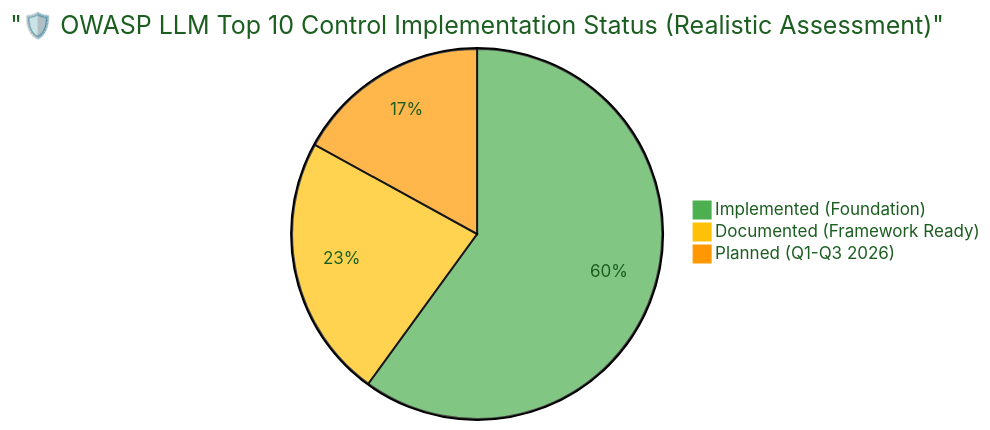
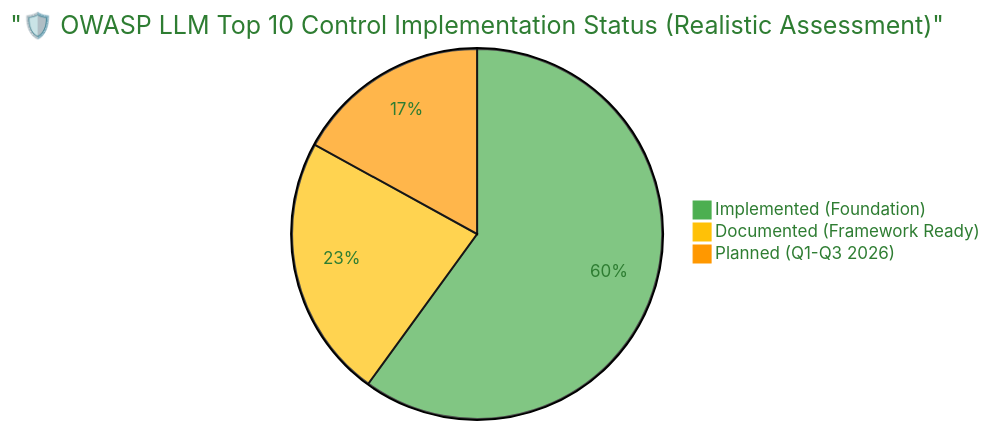
One commit to Hack23/ISMS-PUBLIC changed diagram 14 of 15 in OWASP_LLM_Security_Policy.md. Above: the diagram before and after it, drawn with Mermaid. The commit also changed other lines of this file and 18 other files, not shown here.

Commit message:
fix broken mermaid

````diff
--- a/OWASP_LLM_Security_Policy.md
+++ b/OWASP_LLM_Security_Policy.md
@@ -1397,18 +1397,18 @@
 ```mermaid
 %%{
   init: {
     'theme': 'base',
     'themeVariables': {
       'primaryColor': '#4CAF50',
-      'primaryTextColor': '#1b5e20',
+      'primaryTextColor': '#2E7D32',
       'lineColor': '#4caf50',
       'secondaryColor': '#FFC107',
       'tertiaryColor': '#FF9800'
     }
   }
 }%%
 pie title "🛡️ OWASP LLM Top 10 Control Implementation Status (Realistic Assessment)"
     "Implemented (Foundation)" : 60
     "Documented (Framework Ready)" : 23
     "Planned (Q1-Q3 2026)" : 17
 ```
````
